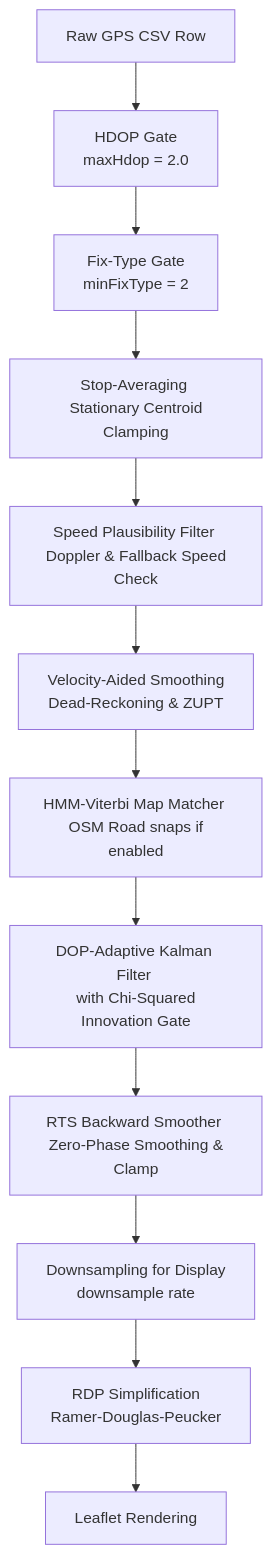
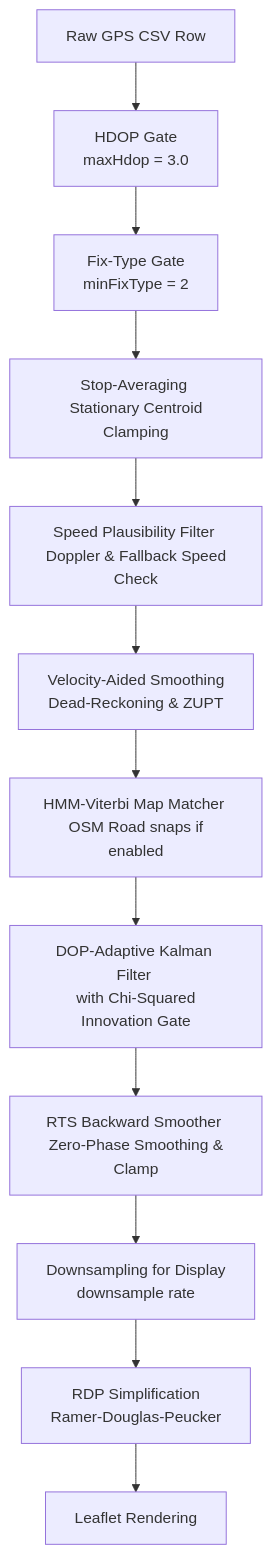
The diagram in docs/gps_filtering_pipeline.md (Softhook/BioMapping), drawn with Mermaid before and after one commit. The commit also changed other lines of this file and 5 other files, not shown here.

````diff
--- a/docs/gps_filtering_pipeline.md
+++ b/docs/gps_filtering_pipeline.md
@@ -20,14 +20,14 @@
 ```mermaid
 graph TD
-    A[Raw GPS CSV Row] --> B[HDOP Gate <br/> maxHdop = 2.0]
+    A[Raw GPS CSV Row] --> B[HDOP Gate <br/> maxHdop = 3.0]
     B --> C[Fix-Type Gate <br/> minFixType = 2]
     C --> D[Stop-Averaging <br/> Stationary Centroid Clamping]
     D --> E[Speed Plausibility Filter <br/> Doppler & Fallback Speed Check]
     E --> F[Velocity-Aided Smoothing <br/> Dead-Reckoning & ZUPT]
     F --> G[HMM-Viterbi Map Matcher <br/> OSM Road snaps if enabled]
     G --> H[DOP-Adaptive Kalman Filter <br/> with Chi-Squared Innovation Gate]
     H --> I[RTS Backward Smoother <br/> Zero-Phase Smoothing & Clamp]
     I --> J[Downsampling for Display <br/> downsample rate]
     J --> K[RDP Simplification <br/> Ramer-Douglas-Peucker]
     K --> L[Leaflet Rendering]
 ```
````
